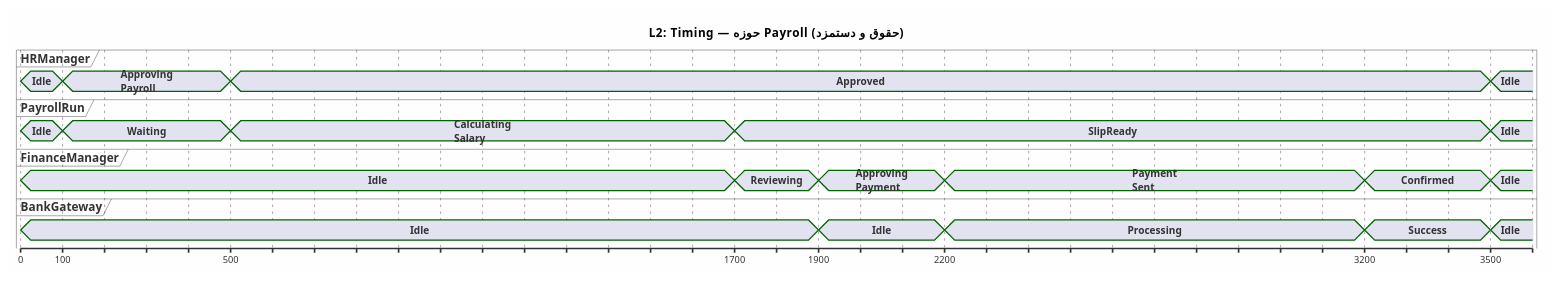
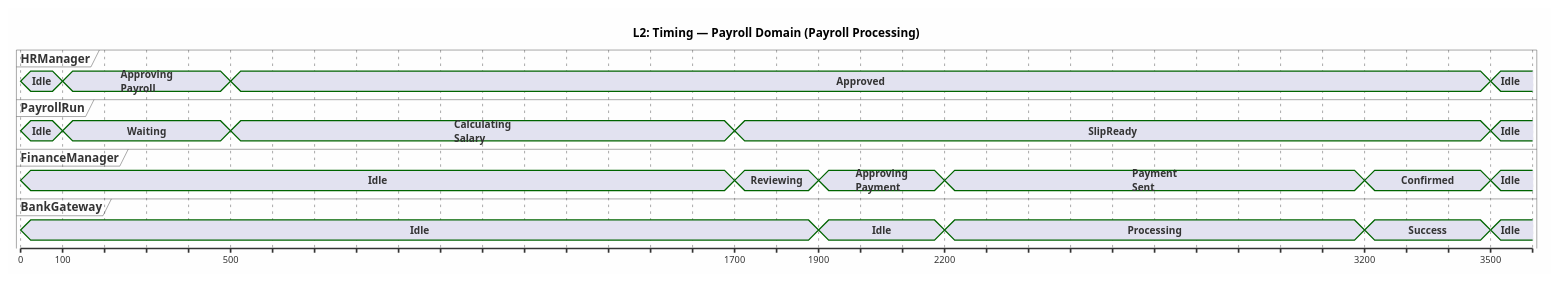
One commit to Shakour-Data/BedaanWaves changed the second of 7 diagrams in docs/02_architecture/ARCH_integrated-hr-finance-procurement-uml-overview-timing_v1.md. Above: the diagram before and after it, drawn with PlantUML. The commit also changed other lines of this file and 19 other files, not shown here.

````diff
--- a/docs/02_architecture/ARCH_integrated-hr-finance-procurement-uml-overview-timing_v1.md
+++ b/docs/02_architecture/ARCH_integrated-hr-finance-procurement-uml-overview-timing_v1.md
@@ -289,48 +289,48 @@
 ```plantuml
 @startuml ARCH-L2-Timing-Payroll
 skinparam backgroundColor #FEFEFE
-title L2: Timing — حوزه Payroll (حقوق و دستمزد)
+title L2: Timing — Payroll Domain (Payroll Processing)
 
 concise "HRManager" as HR
 concise "PayrollRun" as PR
 concise "FinanceManager" as FM
 concise "BankGateway" as BG
 
 @0
 HR is "Idle"
 PR is "Idle"
 FM is "Idle"
 BG is "Idle"
 
 @100
 HR is "Approving\nPayroll"
 PR is "Waiting"
 
 @500
 HR is "Approved"
 PR is "Calculating\nSalary"
 
 @1700
 PR is "SlipReady"
 FM is "Reviewing"
 
 @1900
 FM is "Approving\nPayment"
 BG is "Idle"
 
 @2200
 FM is "Payment\nSent"
 BG is "Processing"
 
 @3200
 BG is "Success"
 FM is "Confirmed"
 
 @3500
 HR is "Idle"
 PR is "Idle"
 FM is "Idle"
 BG is "Idle"
 
 @enduml
 ```
````
